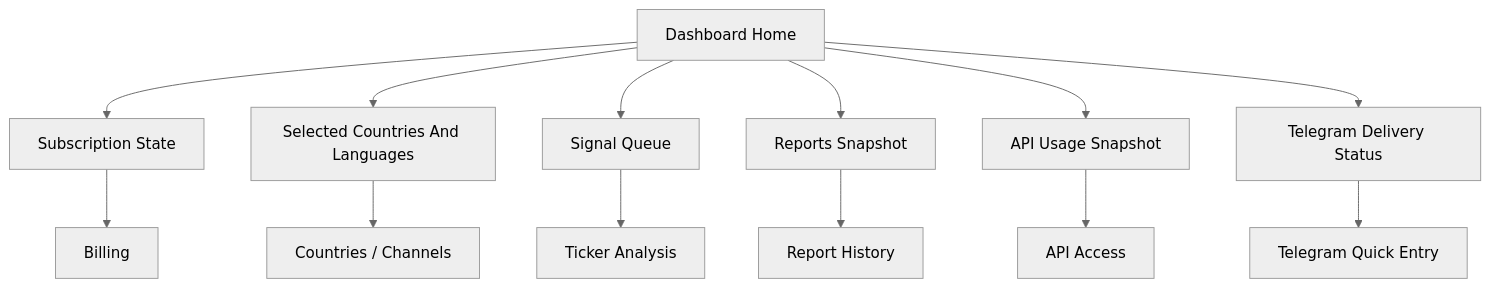
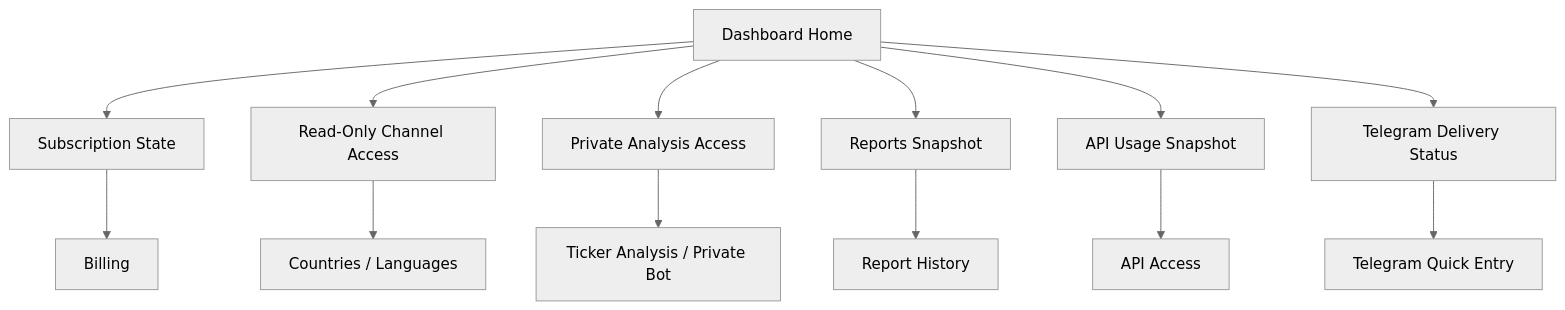
One commit to FedotovDmitriy/market-signal-ai-bot changed the diagram in docs/saas-ux-v0.1.md. Above: the diagram before and after it, drawn with Mermaid (neutral theme). The commit also changed other lines of this file and 16 other files, not shown here.

````diff
--- a/docs/saas-ux-v0.1.md
+++ b/docs/saas-ux-v0.1.md
@@ -17,15 +19,15 @@
 ```mermaid
 flowchart TD
   A["Dashboard Home"] --> B["Subscription State"]
-  A --> C["Selected Countries And Languages"]
-  A --> D["Signal Queue"]
+  A --> C["Read-Only Channel Access"]
+  A --> D["Private Analysis Access"]
   A --> E["Reports Snapshot"]
   A --> F["API Usage Snapshot"]
   A --> G["Telegram Delivery Status"]
   B --> H["Billing"]
-  C --> I["Countries / Channels"]
-  D --> J["Ticker Analysis"]
+  C --> I["Countries / Languages"]
+  D --> J["Ticker Analysis / Private Bot"]
   E --> K["Report History"]
   F --> L["API Access"]
   G --> M["Telegram Quick Entry"]
 ```
````
